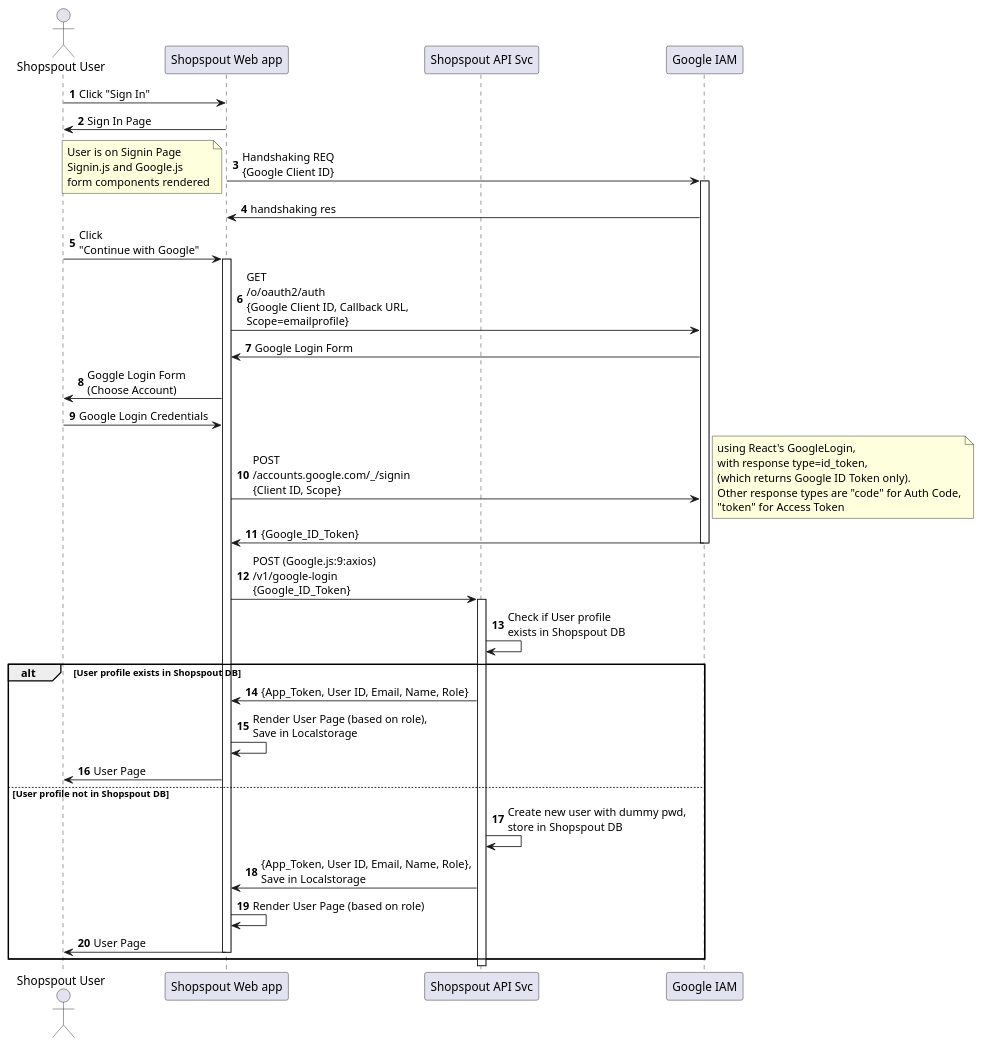
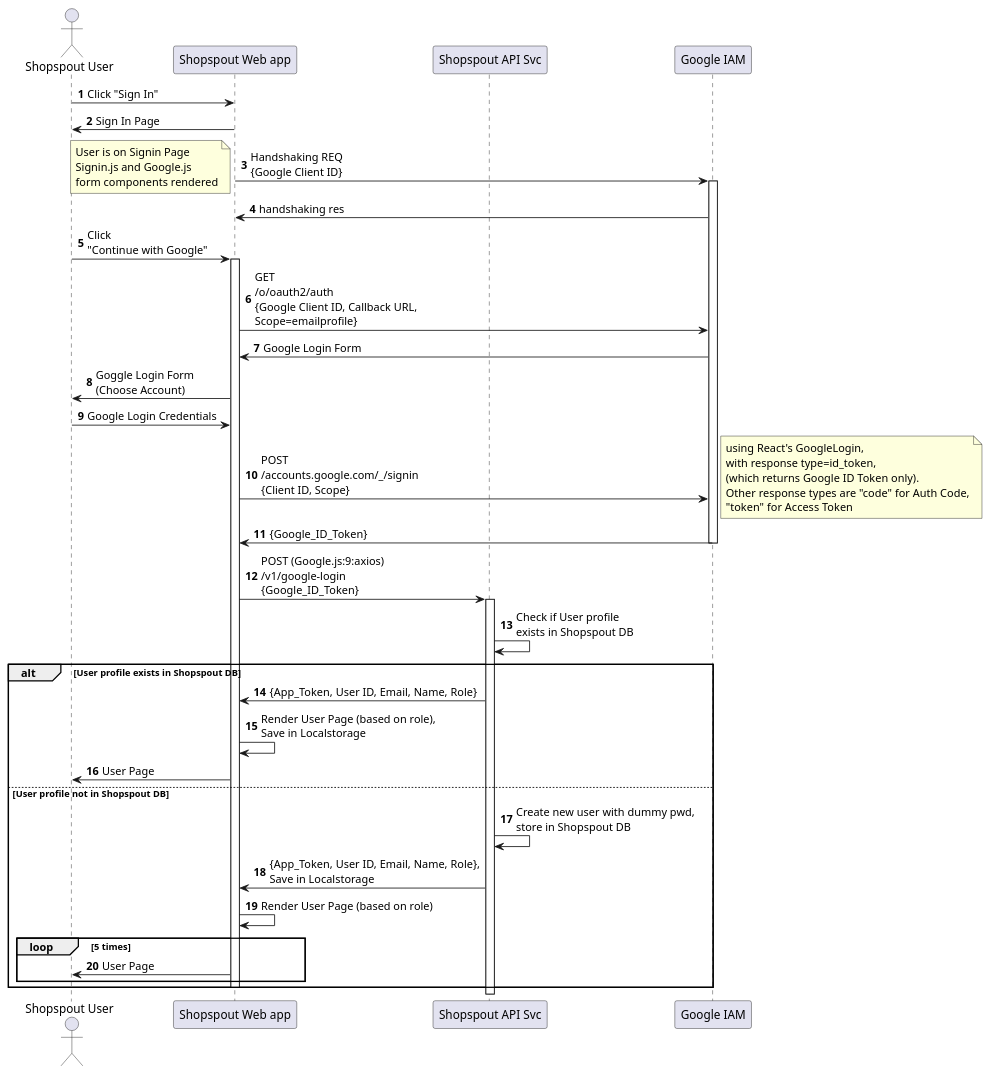
One commit to amne/architecture-viewer changed the diagram in sample_plantuml_data/Sequence Diagram - Shop Spout.puml. Above: the diagram before and after it, drawn with PlantUML.

```diff
--- a/sample_plantuml_data/Sequence Diagram - Shop Spout.puml
+++ b/sample_plantuml_data/Sequence Diagram - Shop Spout.puml
@@ -1,37 +1,39 @@
 @startuml
 autonumber
 Actor "Shopspout User" as usr
 Participant "Shopspout Web app" as app
 Participant "Shopspout API Svc" as svc
 Participant "Google IAM" as iam
 usr->app:Click "Sign In"
 app->usr:Sign In Page
 app->iam:Handshaking REQ\n{Google Client ID}
 Activate iam
 Note Left:User is on Signin Page\nSignin.js and Google.js \nform components rendered
 iam->app:handshaking res
 usr->app:Click \n"Continue with Google"
 Activate app
 app->iam:GET\n/o/oauth2/auth\n{Google Client ID, Callback URL,\nScope=emailprofile}
 iam->app:Google Login Form
 app->usr:Goggle Login Form\n(Choose Account)
 usr->app:Google Login Credentials
 app->iam:POST\n/accounts.google.com/_/signin\n{Client ID, Scope}
 note right:using React's GoogleLogin,\nwith response type=id_token,\n(which returns Google ID Token only).\nOther response types are "code" for Auth Code,\n"token" for Access Token
 iam->app:{Google_ID_Token}
 deactivate iam
 app->svc:POST (Google.js:9:axios)\n/v1/google-login\n{Google_ID_Token}
 activate svc
 svc->svc:Check if User profile\nexists in Shopspout DB
 alt User profile exists in Shopspout DB
 svc->app:{App_Token, User ID, Email, Name, Role}
 app->app:Render User Page (based on role),\nSave in Localstorage
 app->usr:User Page
 else User profile not in Shopspout DB
 svc->svc:Create new user with dummy pwd,\nstore in Shopspout DB
 svc->app:{App_Token, User ID, Email, Name, Role},\nSave in Localstorage
 app->app:Render User Page (based on role)
+loop 5 times
 app->usr:User Page
+end
 deactivate app
 end
 @enduml
```
